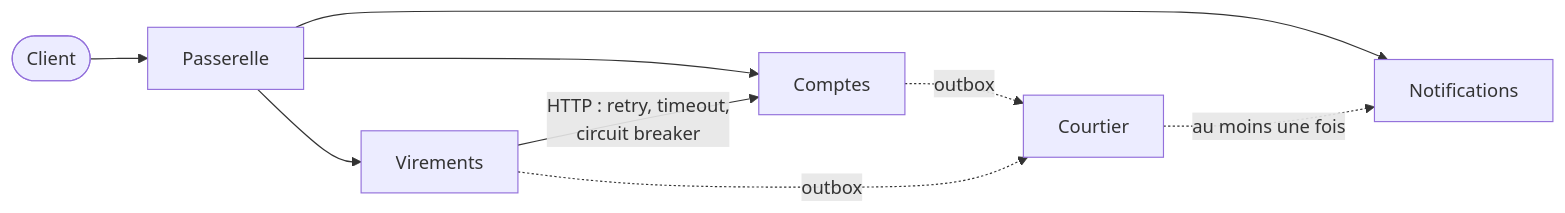
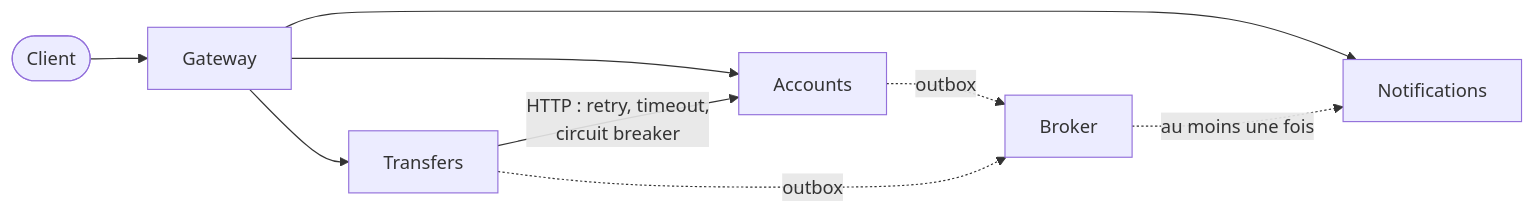
Before and after one commit to drangoht/ArchitecturesDemo: the diagram in Docs/fiches/08-microservices.md, drawn with Mermaid. The commit also changed other lines of this file and 70 other files, not shown here.

Commit message:
Docs FR : identifiants, liens, diagrammes et sorties alignés sur le code anglais

````diff
--- a/Docs/fiches/08-microservices.md
+++ b/Docs/fiches/08-microservices.md
@@ -10,9 +10,9 @@
 ```mermaid
 flowchart LR
-    Cl(["Client"]) --> P["Passerelle"]
-    P --> C["Comptes"] & V["Virements"] & N["Notifications"]
+    Cl(["Client"]) --> P["Gateway"]
+    P --> C["Accounts"] & V["Transfers"] & N["Notifications"]
     V -->|"HTTP : retry, timeout,<br/>circuit breaker"| C
-    C -.->|outbox| K["Courtier"]
+    C -.->|outbox| K["Broker"]
     V -.->|outbox| K
     K -.->|"au moins une fois"| N
 ```
````
